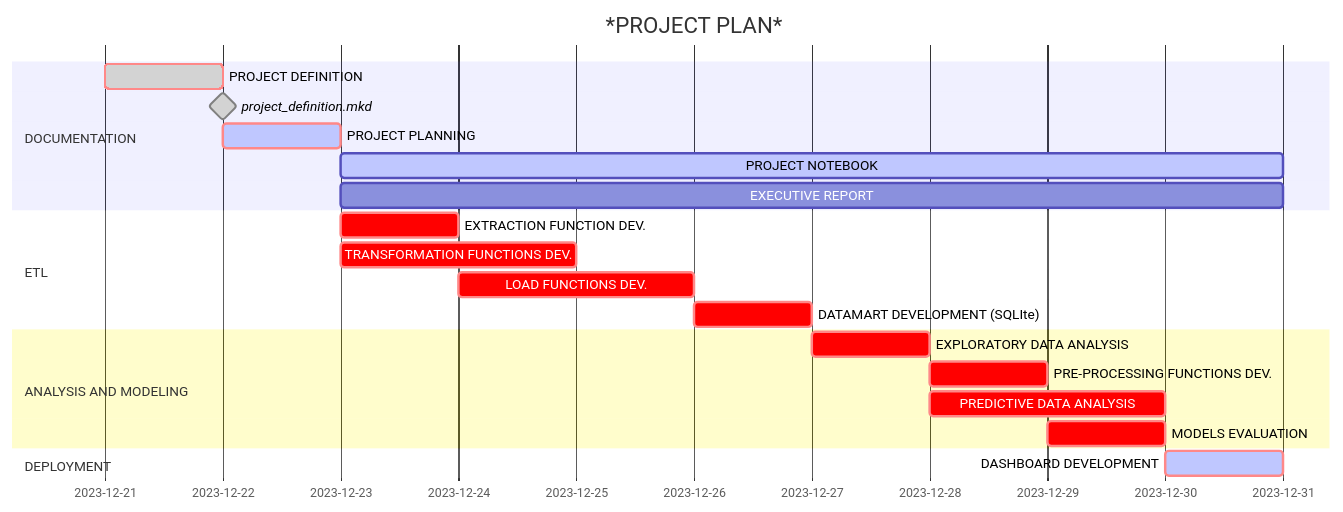
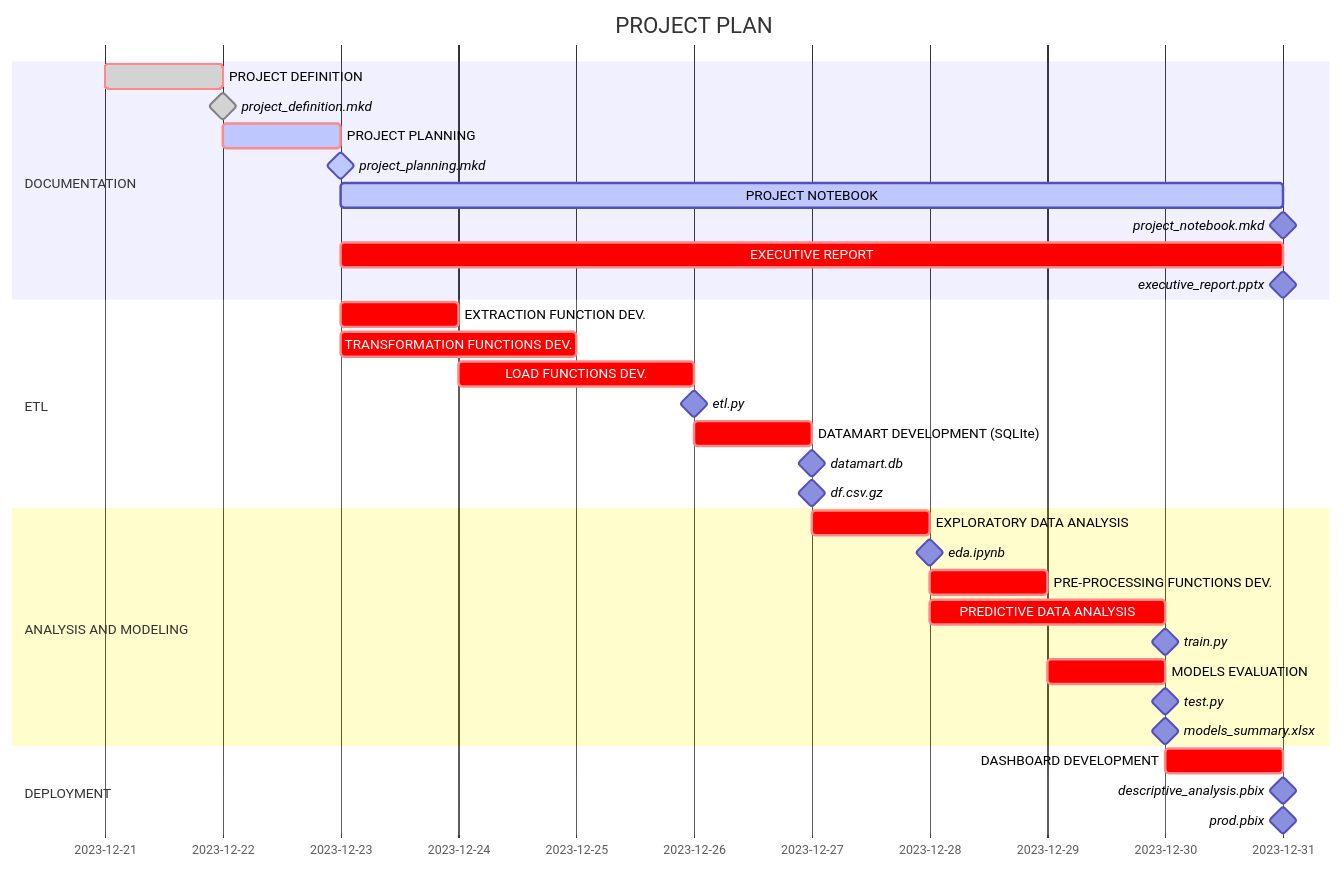
Before and after one commit to zapallo-droid-ca/2023_WDI_ts_GDP_forecasting: the diagram in docs/project_planning.mkd, drawn with Mermaid.

````diff
--- a/docs/project_planning.mkd
+++ b/docs/project_planning.mkd
@@ -42,28 +42,40 @@
 ```mermaid renderAs=mermaid
 gantt
        dateFormat  YYYY-MM-DD
-       title *PROJECT PLAN*
+       title PROJECT PLAN
 
        section DOCUMENTATION
-       PROJECT DEFINITION            :crit, done, des01, 2023-12-21 , 1d
+       PROJECT DEFINITION            :crit,      done, des01, 2023-12-21 , 1d
 	   project_definition.mkd        :milestone, done, after des01, 0d
-       PROJECT PLANNING              :crit, active, des02, after des01, 1d
-       PROJECT NOTEBOOK              :      active, des03, after des02, 2023-12-31
-       EXECUTIVE REPORT              :              des04, after des02, 2023-12-31
+       PROJECT PLANNING              :crit,      active, des02, after des01, 1d
+	   project_planning.mkd          :milestone, active, after des02, 0d
+       PROJECT NOTEBOOK              :active,            des03, after des02, 2023-12-31
+	   project_notebook.mkd			 :milestone,              , after des03, 0d
+       EXECUTIVE REPORT              :crit,              des04, after des02, 2023-12-31
+	   executive_report.pptx         :milestone,              , after des04, 0d
 
        section ETL
-       EXTRACTION FUNCTION DEV. 	 :crit,  des05, after des02, 1d
-       TRANSFORMATION FUNCTIONS DEV. :crit,  des06, after des02, 2d
-	   LOAD FUNCTIONS DEV.			 :crit,  des07, after des05, 2d
-	   DATAMART DEVELOPMENT (SQLIte) :crit,  des08, after des07, 1d
+       EXTRACTION FUNCTION DEV. 	 :crit,              des05, after des02, 1d
+       TRANSFORMATION FUNCTIONS DEV. :crit,              des06, after des02, 2d
+	   LOAD FUNCTIONS DEV.			 :crit,              des07, after des05, 2d
+	   etl.py						 :milestone,              , after des07, 0d
+	   DATAMART DEVELOPMENT (SQLIte) :crit,              des08, after des07, 1d
+	   datamart.db                   :milestone,              , after des08, 0d
+	   df.csv.gz	                 :milestone,              , after des08, 0d
 
        section ANALYSIS AND MODELING
-       EXPLORATORY DATA ANALYSIS     :crit,  des09, after des08, 1d
-	   PRE-PROCESSING FUNCTIONS DEV. :crit,  des10, after des09, 1d
-	   PREDICTIVE DATA ANALYSIS      :crit,  des11, after des09, 2d
-	   MODELS EVALUATION             :crit,  des12, after des10, 1d
+       EXPLORATORY DATA ANALYSIS     :crit,              des09, after des08, 1d
+	   eda.ipynb                     :milestone,              , after des09, 0d
+	   PRE-PROCESSING FUNCTIONS DEV. :crit,              des10, after des09, 1d
+	   PREDICTIVE DATA ANALYSIS      :crit,              des11, after des09, 2d
+	   train.py                      :milestone,              , after des11, 0d
+	   MODELS EVALUATION             :crit,              des12, after des10, 1d
+	   test.py                       :milestone,              , after des12, 0d
+	   models_summary.xlsx           :milestone,              , after des12, 0d
 	   
 	   section DEPLOYMENT
-       DASHBOARD DEVELOPMENT         :crit, active, des13, after des12, 1d
+       DASHBOARD DEVELOPMENT         :crit,              des13, after des12, 1d
+	   descriptive_analysis.pbix     :milestone,              , after des13, 0d
+	   prod.pbix                     :milestone,              , after des13, 0d
 	   
 ```
````
